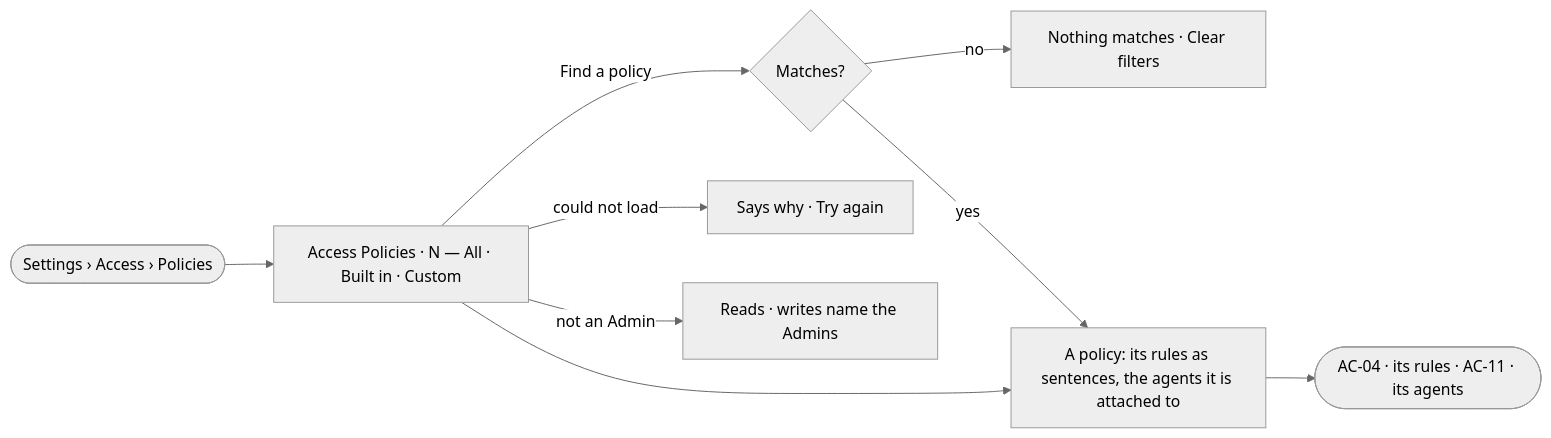
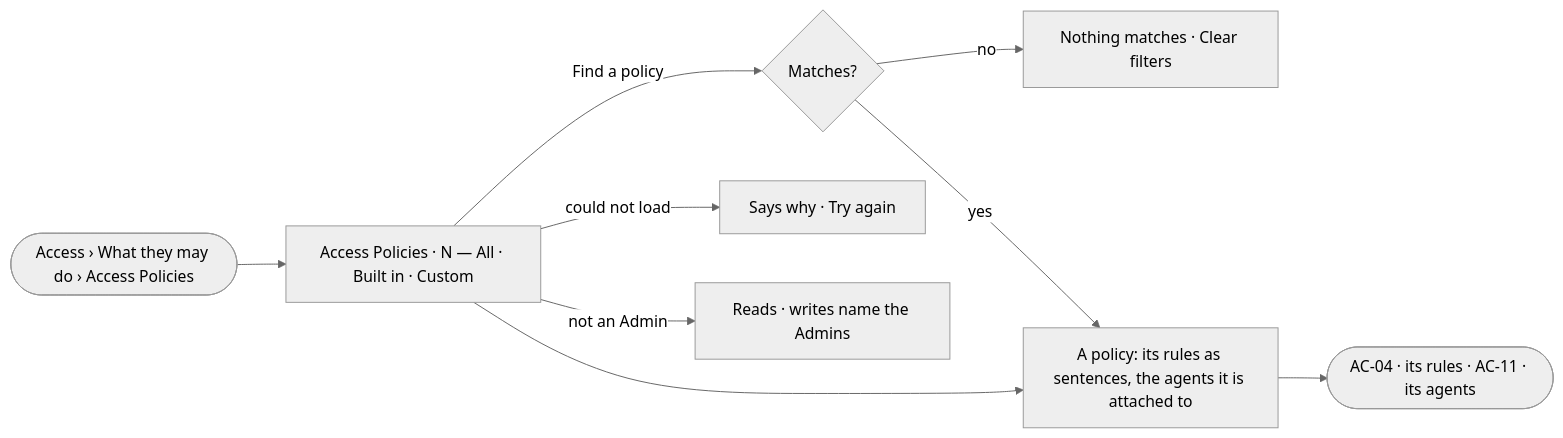
The diagram in specs/os/access/features/AC-F02-access-policies/stories/AC-03-read-every-access-policy-and-what-it-is-attached-to/story.md (invana/invana), drawn with Mermaid (neutral theme) before and after one commit. The commit also changed other lines of this file and 133 other files, not shown here.

````diff
--- a/specs/os/access/features/AC-F02-access-policies/stories/AC-03-read-every-access-policy-and-what-it-is-attached-to/story.md
+++ b/specs/os/access/features/AC-F02-access-policies/stories/AC-03-read-every-access-policy-and-what-it-is-attached-to/story.md
@@ -26,11 +26,11 @@
 ```mermaid
 flowchart LR
-  s([Settings › Access › Policies]) --> l["Access Policies · N — All · Built in · Custom"]
+  s([Access › What they may do › Access Policies]) --> l["Access Policies · N — All · Built in · Custom"]
   l -->|Find a policy| f{"Matches?"}
   f -->|no| e["Nothing matches · Clear filters"]
   f -->|yes| r["A policy: its rules as sentences, the agents it is attached to"]
   l --> r
   r --> d(["AC-04 · its rules · AC-11 · its agents"])
   l -->|could not load| x["Says why · Try again"]
   l -->|not an Admin| ro["Reads · writes name the Admins"]
 ```
````
